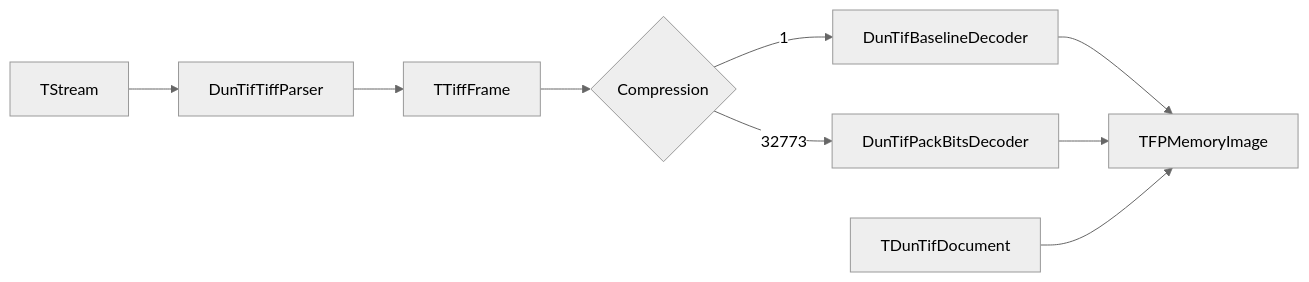
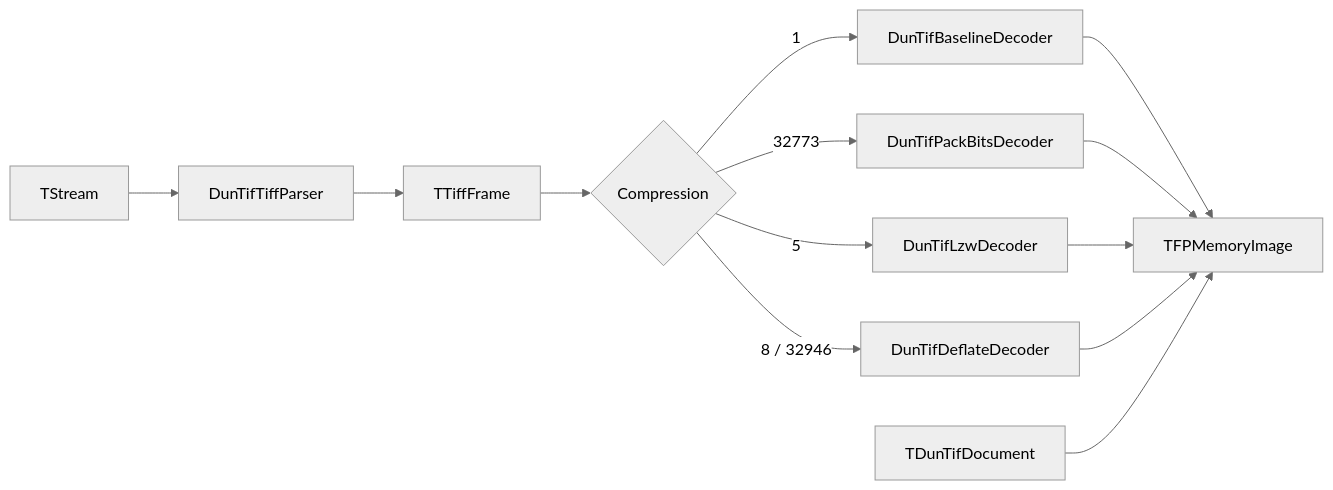
One commit to daniel-sap/duntiff-lazarus changed the diagram in Doc/ARCHITECTURE.bg.md. Above: the diagram before and after it, drawn with Mermaid (neutral theme). The commit also changed other lines of this file and 15 other files, not shown here.

First line of the commit message:
feat(DunTif): LZW, Deflate, horizontal predictor, PasZLib

````diff
--- a/Doc/ARCHITECTURE.bg.md
+++ b/Doc/ARCHITECTURE.bg.md
@@ -21,16 +25,20 @@
 ```mermaid
 flowchart LR
   tifStream[TStream]
   tiffParser[DunTifTiffParser]
   frame[TTiffFrame]
   decode{Compression}
   baseline[DunTifBaselineDecoder]
   packbits[DunTifPackBitsDecoder]
+  lzw[DunTifLzwDecoder]
+  deflate[DunTifDeflateDecoder]
   doc[TDunTifDocument]
   fpimg[TFPMemoryImage]
 
   tifStream --> tiffParser --> frame --> decode
   decode -->|1| baseline --> fpimg
   decode -->|32773| packbits --> fpimg
+  decode -->|5| lzw --> fpimg
+  decode -->|8 / 32946| deflate --> fpimg
   doc --> fpimg
 ```
````
